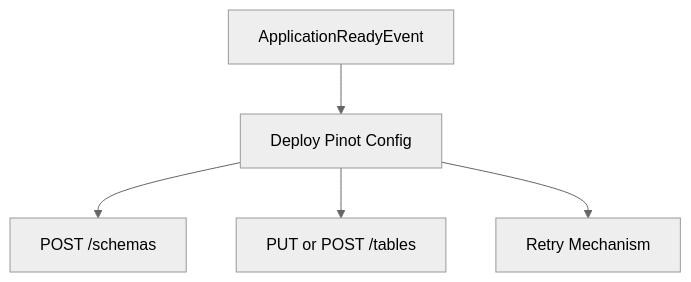
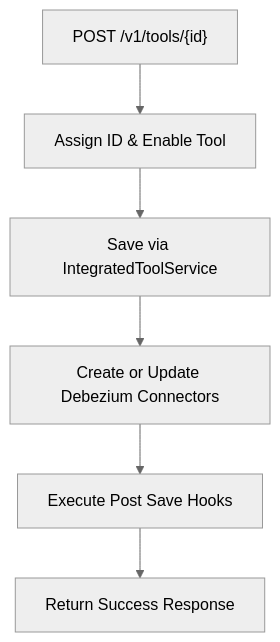
One commit to Praesto-Pro/openframe-oss-tenant changed the third of 8 diagrams in docs/architecture/management-service-core/management-service-core.md. Above: the diagram before and after it, drawn with Mermaid (neutral theme). The commit also changed other lines of this file and 149 other files, not shown here.

````diff
--- a/docs/architecture/management-service-core/management-service-core.md
+++ b/docs/architecture/management-service-core/management-service-core.md
@@ -131,7 +159,8 @@
 ```mermaid
 flowchart TD
-    Ready["ApplicationReadyEvent"] --> Deploy["Deploy Pinot Config"]
-    Deploy --> Schema["POST /schemas"]
-    Deploy --> Table["PUT or POST /tables"]
-    Deploy --> Retry["Retry Mechanism"]
+    Request["POST /v1/tools/{id}"] --> Validate["Assign ID & Enable Tool"]
+    Validate --> Save["Save via IntegratedToolService"]
+    Save --> DebeziumStep["Create or Update Debezium Connectors"]
+    DebeziumStep --> Hooks["Execute Post Save Hooks"]
+    Hooks --> Response["Return Success Response"]
 ```
````
